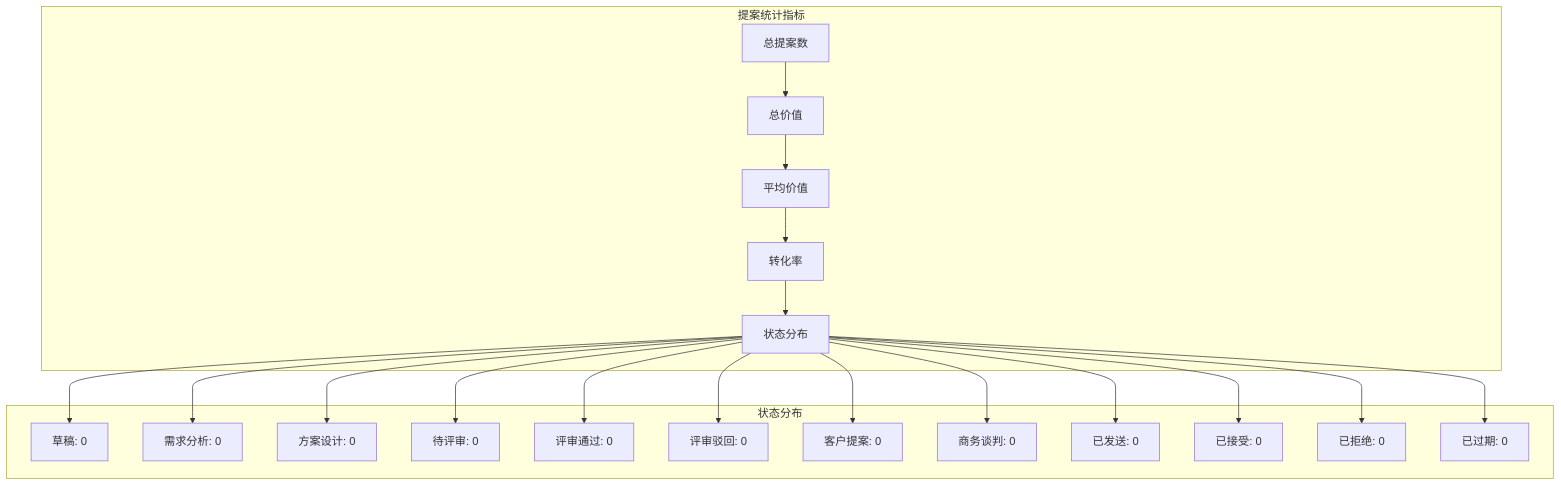
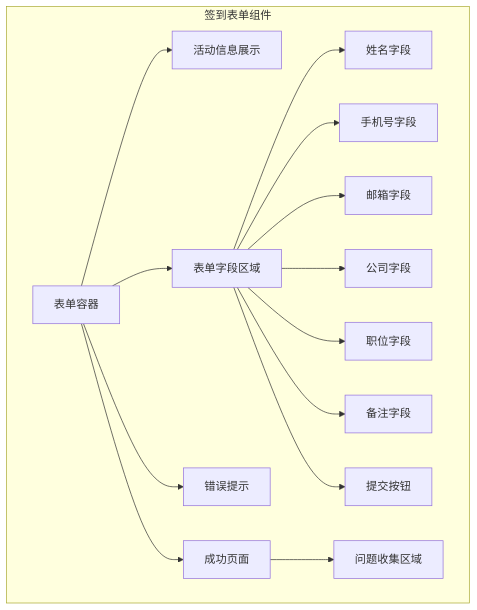
One commit to xianjianshenqu/SalesFlow-CRM changed diagram 11 of 27 in .qoder/repowiki/zh/content/Pre Sales Dashboard.md. Above: the diagram before and after it, drawn with Mermaid. The commit also changed other lines of this file and 11 other files, not shown here.

````diff
--- a/.qoder/repowiki/zh/content/Pre Sales Dashboard.md
+++ b/.qoder/repowiki/zh/content/Pre Sales Dashboard.md
@@ -511,40 +509,30 @@
 ```mermaid
 graph TB
-subgraph "提案统计指标"
-Total[总提案数]
-Value[总价值]
-Avg[平均价值]
-Conversion[转化率]
-Status[状态分布]
+subgraph "签到表单组件"
+FormContainer[表单容器]
+ActivityInfo[活动信息展示]
+FormFields[表单字段区域]
+NameField[姓名字段]
+PhoneField[手机号字段]
+EmailField[邮箱字段]
+CompanyField[公司字段]
+TitleField[职位字段]
+NotesField[备注字段]
+SubmitButton[提交按钮]
+ErrorAlert[错误提示]
+SuccessPage[成功页面]
+QuestionsSection[问题收集区域]
 end
-subgraph "状态分布"
-Draft[草稿: 0]
-Requirement[需求分析: 0]
-Designing[方案设计: 0]
-Pending[待评审: 0]
-ReviewPassed[评审通过: 0]
-ReviewRejected[评审驳回: 0]
-Customer[客户提案: 0]
-Negotiation[商务谈判: 0]
-Sent[已发送: 0]
-Accepted[已接受: 0]
-Rejected[已拒绝: 0]
-Expired[已过期: 0]
-end
-Total --> Value
-Value --> Avg
-Avg --> Conversion
-Conversion --> Status
-Status --> Draft
-Status --> Requirement
-Status --> Designing
-Status --> Pending
-Status --> ReviewPassed
-Status --> ReviewRejected
-Status --> Customer
-Status --> Negotiation
-Status --> Sent
-Status --> Accepted
-Status --> Rejected
-Status --> Expired
+FormContainer --> ActivityInfo
+FormContainer --> FormFields
+FormFields --> NameField
+FormFields --> PhoneField
+FormFields --> EmailField
+FormFields --> CompanyField
+FormFields --> TitleField
+FormFields --> NotesField
+FormFields --> SubmitButton
+FormContainer --> ErrorAlert
+FormContainer --> SuccessPage
+SuccessPage --> QuestionsSection
 ```
````
